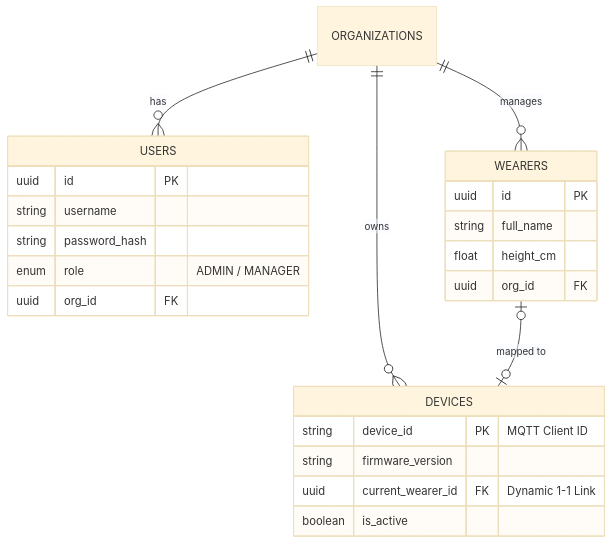
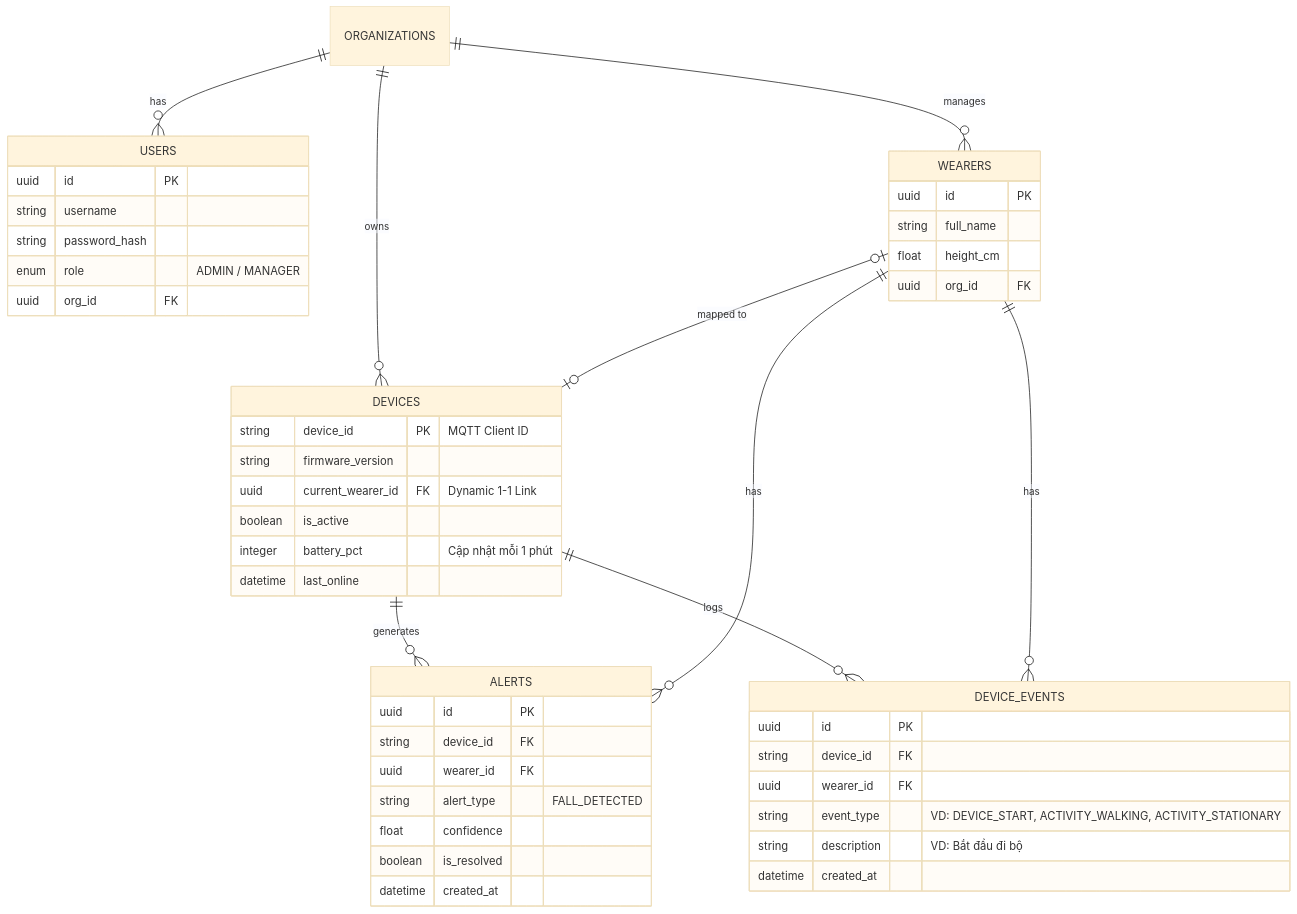
One commit to vmh714/datn_agent_skills changed the diagram in project_setup/schema.md. Above: the diagram before and after it, drawn with Mermaid (base theme). The commit also changed other lines of this file and 23 other files, not shown here.

````diff
--- a/project_setup/schema.md
+++ b/project_setup/schema.md
@@ -11,30 +11,55 @@
 ```mermaid
 erDiagram
     ORGANIZATIONS ||--o{ USERS : "has"
     ORGANIZATIONS ||--o{ WEARERS : "manages"
     ORGANIZATIONS ||--o{ DEVICES : "owns"
+    DEVICES ||--o{ ALERTS : "generates"
+    DEVICES ||--o{ DEVICE_EVENTS : "logs"
+    WEARERS ||--o{ ALERTS : "has"
+    WEARERS ||--o{ DEVICE_EVENTS : "has"
 
     USERS {
         uuid id PK
         string username
         string password_hash
         enum role "ADMIN / MANAGER"
         uuid org_id FK
     }
 
     WEARERS {
         uuid id PK
         string full_name
         float height_cm
         uuid org_id FK
     }
 
     DEVICES {
         string device_id PK "MQTT Client ID"
         string firmware_version
         uuid current_wearer_id FK "Dynamic 1-1 Link"
         boolean is_active
+        integer battery_pct "Cập nhật mỗi 1 phút"
+        datetime last_online
+    }
+    
+    ALERTS {
+        uuid id PK
+        string device_id FK
+        uuid wearer_id FK
+        string alert_type "FALL_DETECTED"
+        float confidence
+        boolean is_resolved
+        datetime created_at
+    }
+    
+    DEVICE_EVENTS {
+        uuid id PK
+        string device_id FK
+        uuid wearer_id FK
+        string event_type "VD: DEVICE_START, ACTIVITY_WALKING, ACTIVITY_STATIONARY"
+        string description "VD: Bắt đầu đi bộ"
+        datetime created_at
     }
     
     WEARERS |o--o| DEVICES : "mapped to"
 ```
````
